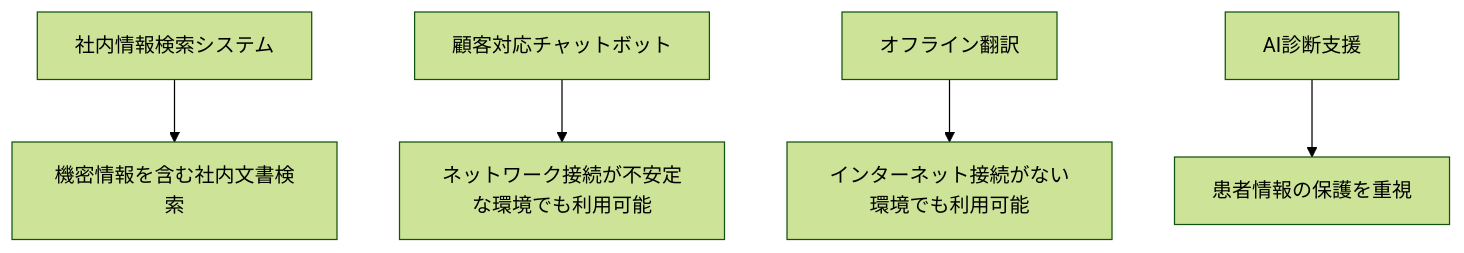
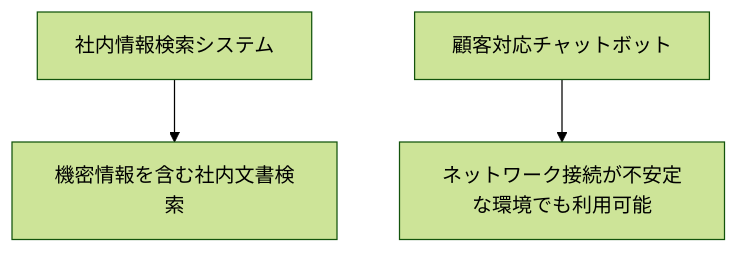
One commit to SparklingDetergent/doc_genai_The_usefulness_of_local_LLM changed the ninth of 11 diagrams in README.md. Above: the diagram before and after it, drawn with Mermaid (forest theme). The commit also changed other lines of this file, not shown here.

````diff
--- a/README.md
+++ b/README.md
@@ -161,14 +171,8 @@
 ```mermaid
 graph TD
 A[社内情報検索システム]
 A --> B[機密情報を含む社内文書検索]
 
 D[顧客対応チャットボット]
 D --> E[ネットワーク接続が不安定な環境でも利用可能]
-
-F[オフライン翻訳]
-F --> G[インターネット接続がない環境でも利用可能]
-
-H[AI診断支援]
-H --> I[患者情報の保護を重視]
 ```
````
